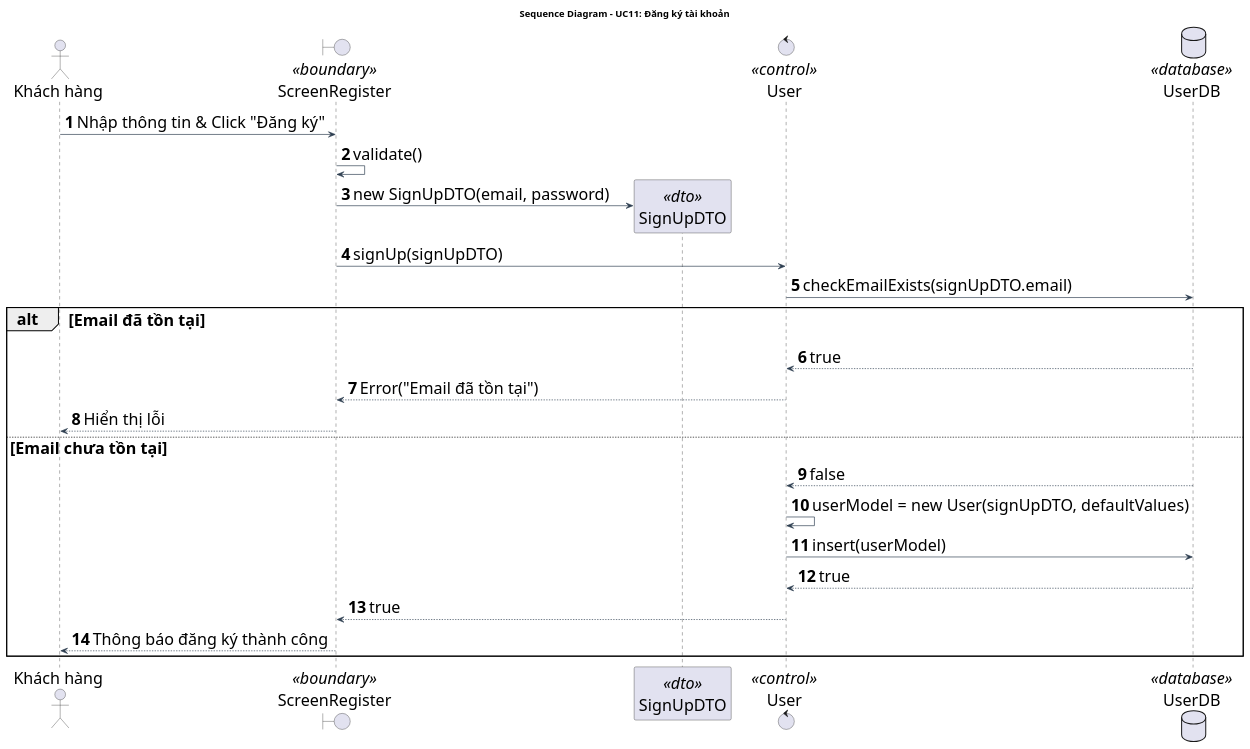
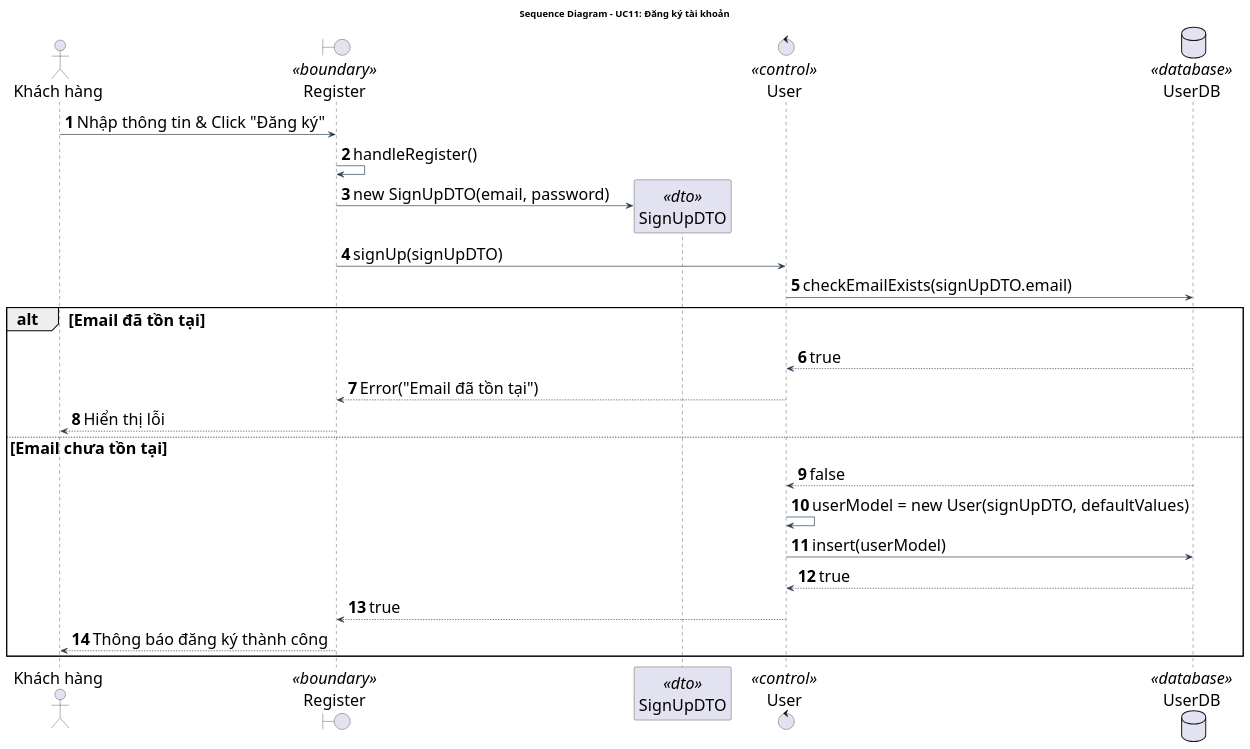
Before and after one commit to Gnourt812005/HCMUS-Analyze-and-desgin-IS: the diagram in doc/system/dang_ky_tai_khoan/DangKyTaiKhoan_SequenceDiagram.wsd, drawn with PlantUML. The commit also changed other lines of this file and 19 other files, not shown here.

Commit message:
trong: update class and sequence usecase

```diff
--- a/doc/system/dang_ky_tai_khoan/DangKyTaiKhoan_SequenceDiagram.wsd
+++ b/doc/system/dang_ky_tai_khoan/DangKyTaiKhoan_SequenceDiagram.wsd
@@ -1,41 +1,41 @@
 @startuml DangKyTaiKhoan_SequenceDiagram
 title Sequence Diagram - UC11: Đăng ký tài khoản
 
 ' --- STYLE CONFIGURATION ---
 skinparam {
     BackgroundColor White
     ArrowColor #2D3E50
     DefaultFontName "Arial"
     DefaultFontSize 24
     ParticipantPadding 20
     BoxPadding 10
 }
 
 actor "Khách hàng" as Actor
-boundary "ScreenRegister" as GUI <<boundary>>
+boundary "Register" as GUI <<boundary>>
 participant "SignUpDTO" as DTO <<dto>>
 control "User" as BUS <<control>>
 database "UserDB" as DB <<database>>
 
 autonumber
 
 Actor -> GUI: Nhập thông tin & Click "Đăng ký"
-GUI -> GUI: validate()
+GUI -> GUI: handleRegister()
 GUI -> DTO **: new SignUpDTO(email, password)
 GUI -> BUS: signUp(signUpDTO)
 BUS -> DB: checkEmailExists(signUpDTO.email)
 alt Email đã tồn tại
     DB --> BUS: true
     BUS --> GUI: Error("Email đã tồn tại")
     GUI --> Actor: Hiển thị lỗi
 else Email chưa tồn tại
     DB --> BUS: false
     BUS -> BUS: userModel = new User(signUpDTO, defaultValues)
     BUS -> DB: insert(userModel)
     DB --> BUS: true
     BUS --> GUI: true
     GUI --> Actor: Thông báo đăng ký thành công
 end
 deactivate GUI
 
 @enduml
```
